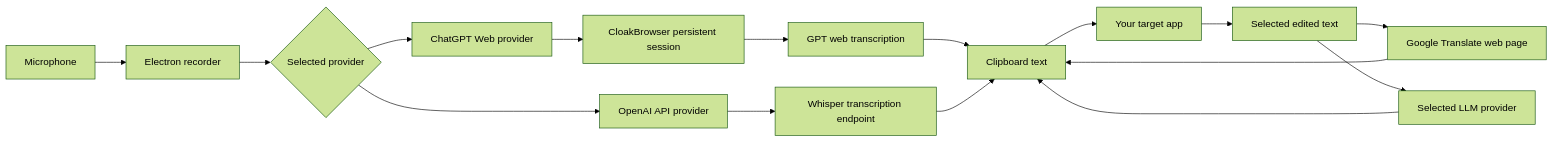
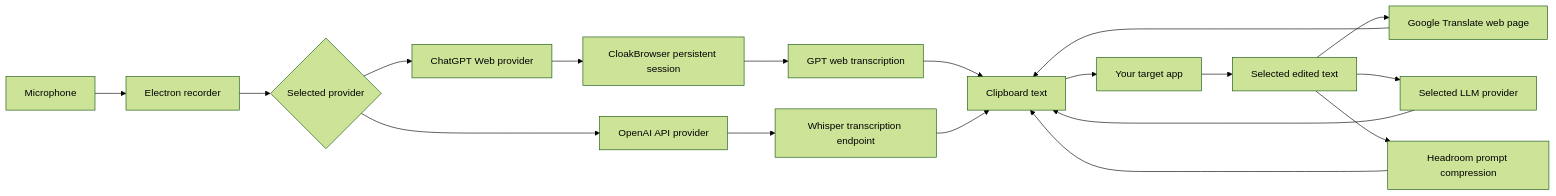
The diagram in README.md (swimmwatch/gpt-voice), drawn with Mermaid (forest theme) before and after one commit. The commit also changed other lines of this file and 38 other files, not shown here.

Commit message:
feat: add transcription history and prompt compression

````diff
--- a/README.md
+++ b/README.md
@@ -51,18 +52,20 @@
 ```mermaid
 flowchart LR
   Mic[Microphone] --> Recorder[Electron recorder]
   Recorder --> Provider{Selected provider}
   Provider --> Web[ChatGPT Web provider]
   Web --> Browser[CloakBrowser persistent session]
   Browser --> ChatGPT[GPT web transcription]
   Provider --> API[OpenAI API provider]
   API --> Whisper[Whisper transcription endpoint]
   ChatGPT --> Clipboard[Clipboard text]
   Whisper --> Clipboard
   Clipboard --> Editor[Your target app]
   Editor --> Selection[Selected edited text]
   Selection --> Google[Google Translate web page]
   Selection --> LLM[Selected LLM provider]
+  Selection --> Headroom[Headroom prompt compression]
   Google --> Clipboard
   LLM --> Clipboard
+  Headroom --> Clipboard
 ```
````
